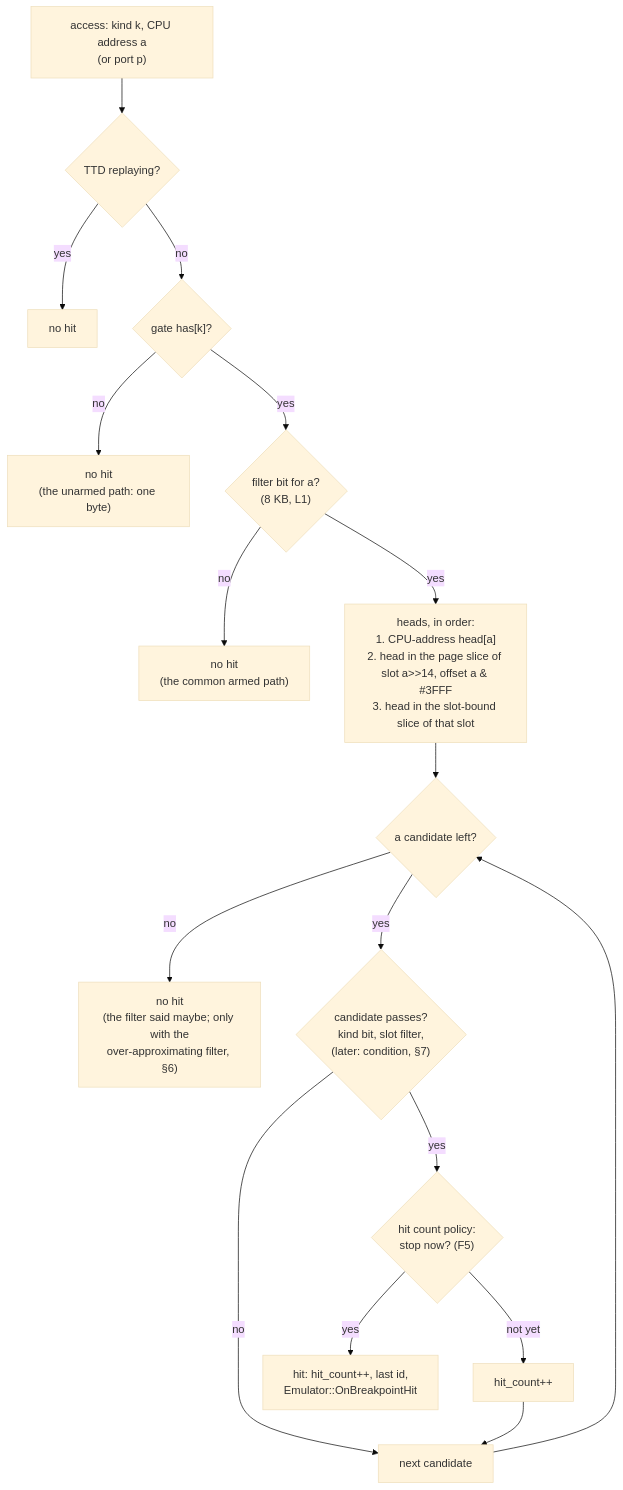
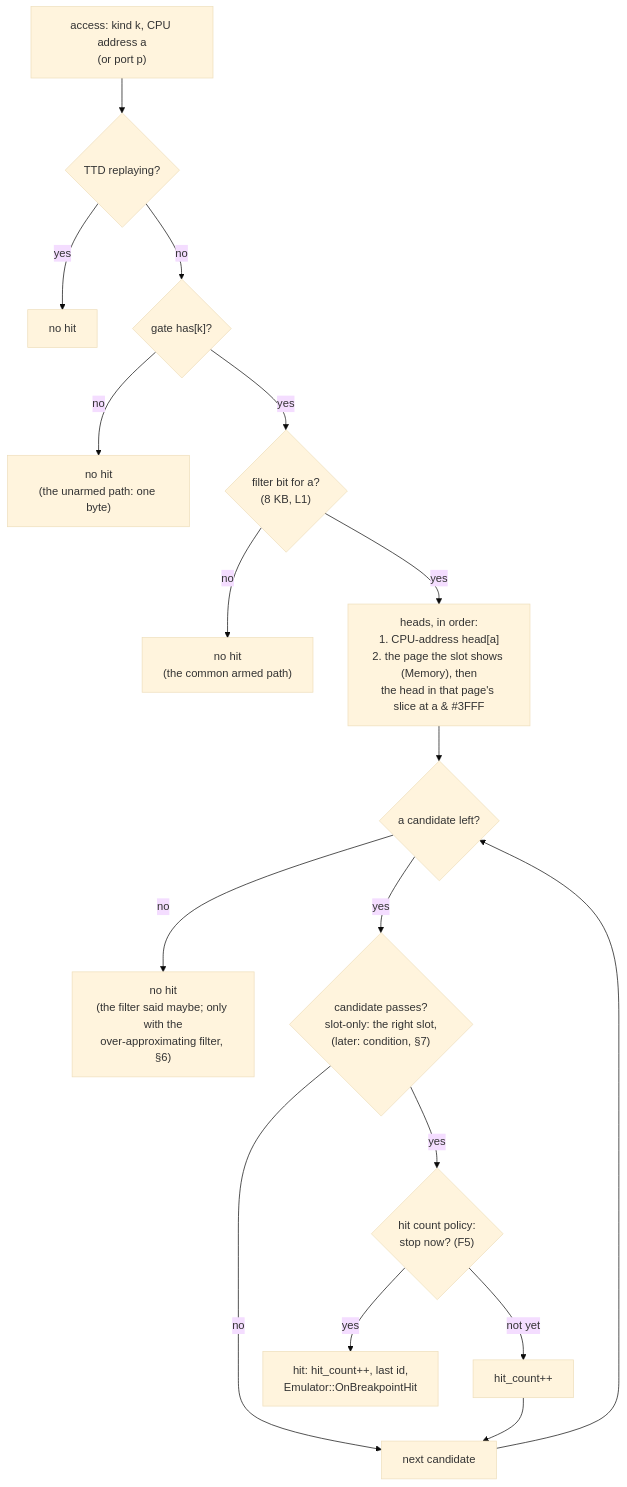
Before and after one commit to alfishe/unreal-ng: the second of 3 diagrams in docs/inprogress/2026-08-17-conditional-breakpoints/hotpath-matching-design.md, drawn with Mermaid (base theme). The commit also changed other lines of this file and 30 other files, not shown here.

````diff
--- a/docs/inprogress/2026-08-17-conditional-breakpoints/hotpath-matching-design.md
+++ b/docs/inprogress/2026-08-17-conditional-breakpoints/hotpath-matching-design.md
@@ -94,17 +92,17 @@
 ```mermaid
 flowchart TD
     A["access: kind k, CPU address a<br/>(or port p)"] --> R{"TTD replaying?"}
     R -- yes --> NO1["no hit"]
     R -- no --> G{"gate has[k]?"}
     G -- no --> NO2["no hit<br/>(the unarmed path: one byte)"]
     G -- yes --> F{"filter bit for a?<br/>(8 KB, L1)"}
     F -- no --> NO3["no hit<br/>(the common armed path)"]
-    F -- yes --> H["heads, in order:<br/>1. CPU-address head[a]<br/>2. head in the page slice of slot a>>14, offset a & #3FFF<br/>3. head in the slot-bound slice of that slot"]
+    F -- yes --> H["heads, in order:<br/>1. CPU-address head[a]<br/>2. the page the slot shows (Memory), then<br/>the head in that page's slice at a & #3FFF"]
     H --> L{"a candidate left?"}
     L -- no --> NO4["no hit<br/>(the filter said maybe; only with the<br/>over-approximating filter, §6)"]
-    L -- yes --> K{"candidate passes?<br/>kind bit, slot filter,<br/>(later: condition, §7)"}
+    L -- yes --> K{"candidate passes?<br/>slot-only: the right slot,<br/>(later: condition, §7)"}
     K -- no --> NEXT["next candidate"] --> L
     K -- yes --> HC{"hit count policy:<br/>stop now? (F5)"}
     HC -- "not yet" --> CNT["hit_count++"] --> NEXT
     HC -- yes --> HIT["hit: hit_count++, last id,<br/>Emulator::OnBreakpointHit"]
 ```
````
